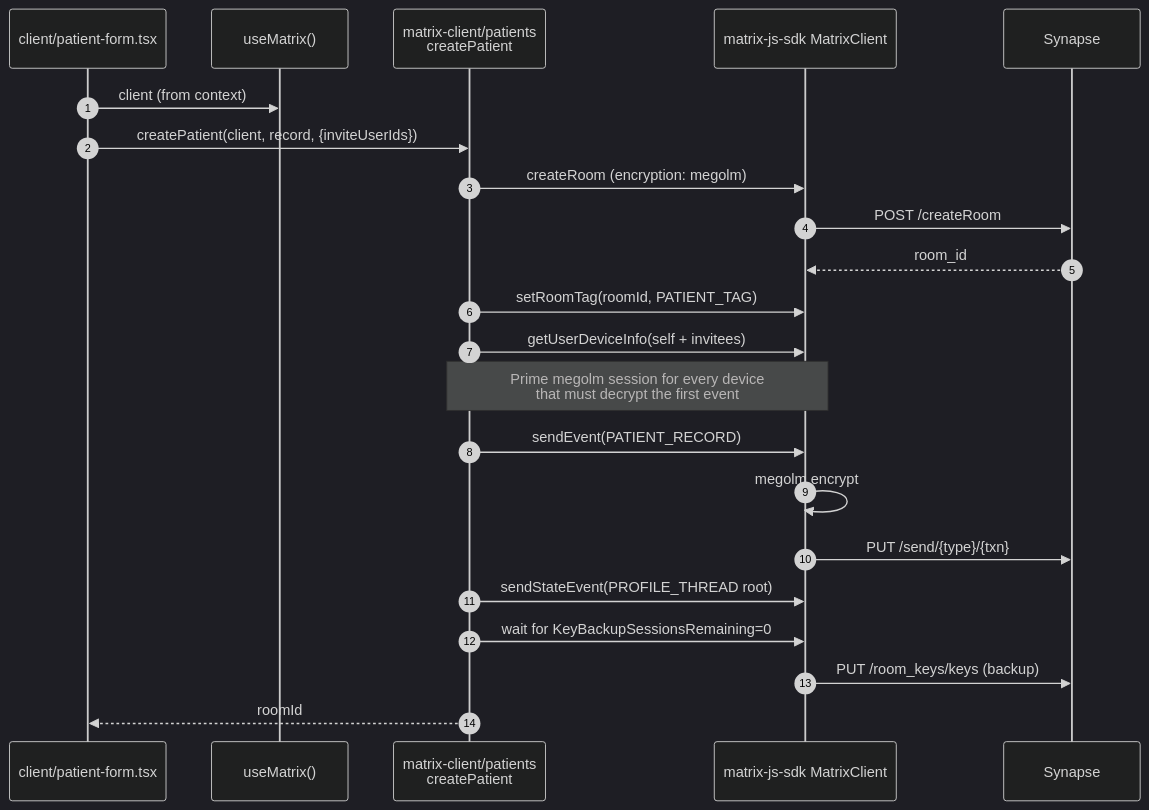
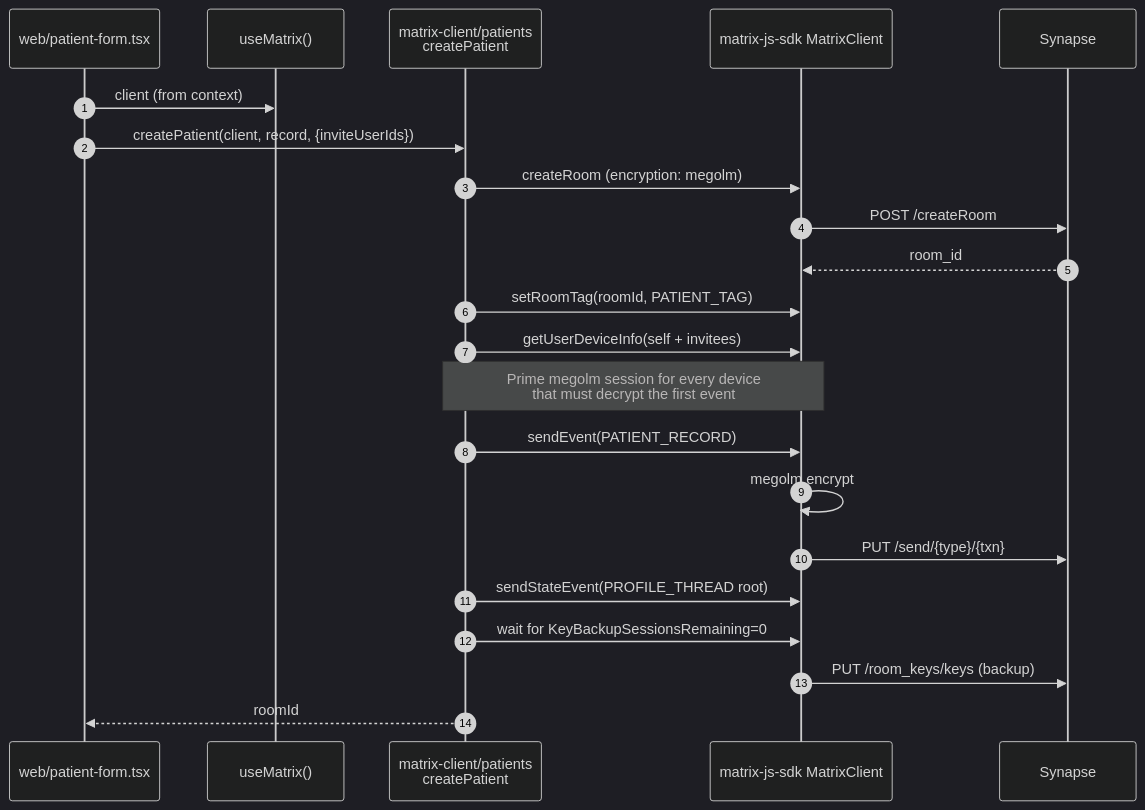
The fourth of 5 diagrams in README.md (quochuydev/matrix-e2e-emr), drawn with Mermaid (dark theme) before and after one commit. The commit also changed other lines of this file and 37 other files, not shown here.

First line of the commit message:
Rename client/ workspace to web/

````diff
--- a/README.md
+++ b/README.md
@@ -178,25 +178,25 @@
 ```mermaid
 sequenceDiagram
     autonumber
-    participant UI as client/patient-form.tsx
+    participant UI as web/patient-form.tsx
     participant Hook as useMatrix()
     participant Patients as matrix-client/patients<br/>createPatient
     participant SDK as matrix-js-sdk MatrixClient
     participant HS as Synapse
 
     UI->>Hook: client (from context)
     UI->>Patients: createPatient(client, record, {inviteUserIds})
     Patients->>SDK: createRoom (encryption: megolm)
     SDK->>HS: POST /createRoom
     HS-->>SDK: room_id
     Patients->>SDK: setRoomTag(roomId, PATIENT_TAG)
     Patients->>SDK: getUserDeviceInfo(self + invitees)
     Note over Patients,SDK: Prime megolm session for every device<br/>that must decrypt the first event
     Patients->>SDK: sendEvent(PATIENT_RECORD)
     SDK->>SDK: megolm encrypt
     SDK->>HS: PUT /send/{type}/{txn}
     Patients->>SDK: sendStateEvent(PROFILE_THREAD root)
     Patients->>SDK: wait for KeyBackupSessionsRemaining=0
     SDK->>HS: PUT /room_keys/keys (backup)
     Patients-->>UI: roomId
 ```
````
